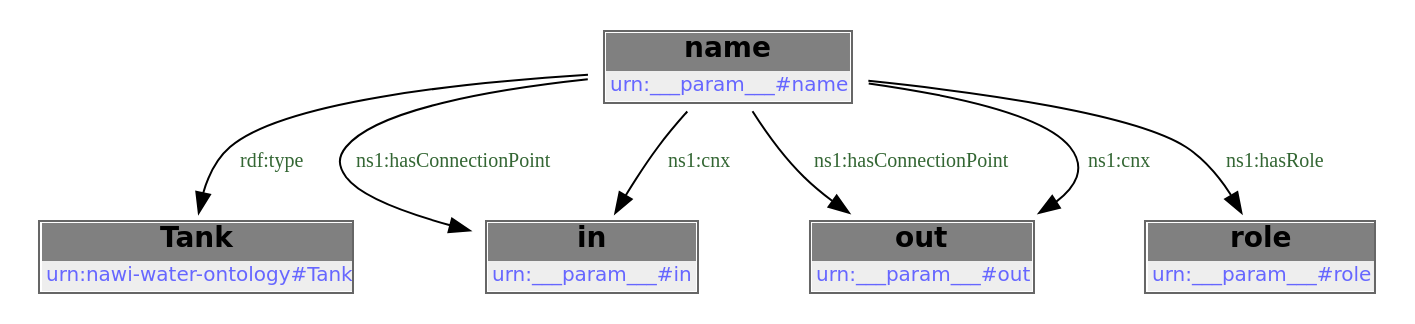
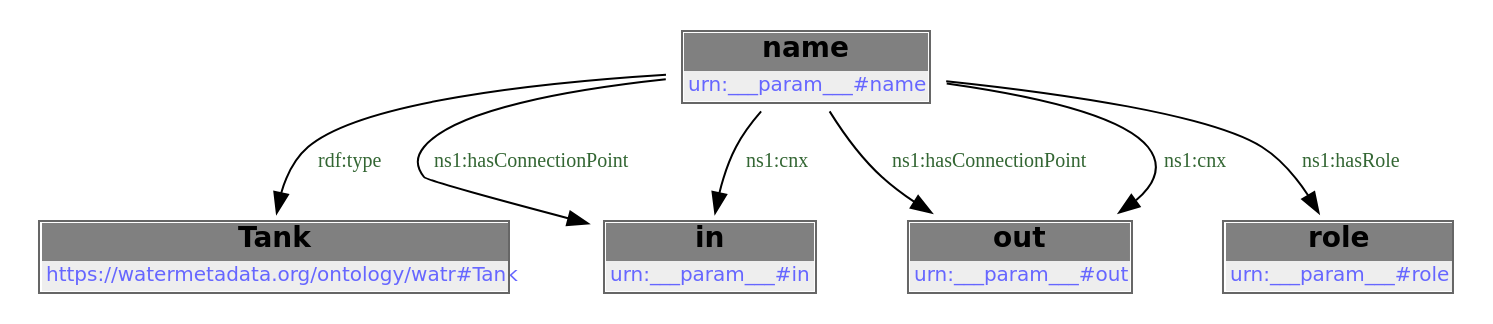
One commit to DataDrivenCPS/water-ontology changed the first of 2 diagrams in docs/libraries/templates/bladder.rst. Above: the diagram before and after it, drawn with Graphviz. The commit also changed other lines of this file and 43 other files, not shown here.

First line of the commit message:
feat: move ontology to https://watermetadata.org base URI

```diff
--- a/docs/libraries/templates/bladder.rst
+++ b/docs/libraries/templates/bladder.rst
@@ -82,16 +82,16 @@
         .. graphviz::
 
                 digraph G {
             node [fontname="DejaVu Sans"];
             node0 -> node1 [color=BLACK, label=< <font point-size='10' color='#336633'>rdf:type</font> >];
             node0 -> node2 [color=BLACK, label=< <font point-size='10' color='#336633'>ns1:hasConnectionPoint</font> >];
             node0 -> node3 [color=BLACK, label=< <font point-size='10' color='#336633'>ns1:hasConnectionPoint</font> >];
             node0 -> node4 [color=BLACK, label=< <font point-size='10' color='#336633'>ns1:hasRole</font> >];
             node0 -> node2 [color=BLACK, label=< <font point-size='10' color='#336633'>ns1:cnx</font> >];
             node0 -> node3 [color=BLACK, label=< <font point-size='10' color='#336633'>ns1:cnx</font> >];
             node0 [shape=none, color=black, label=< <table color='#666666' cellborder='0' cellspacing='0' border='1'><tr><td colspan='2' bgcolor='grey'><B>name</B></td></tr><tr><td href='urn:___param___#name' bgcolor='#eeeeee' colspan='2'><font point-size='10' color='#6666ff'>urn:___param___#name</font></td></tr></table> >];
-            node1 [shape=none, color=black, label=< <table color='#666666' cellborder='0' cellspacing='0' border='1'><tr><td colspan='2' bgcolor='grey'><B>Tank</B></td></tr><tr><td href='urn:nawi-water-ontology#Tank' bgcolor='#eeeeee' colspan='2'><font point-size='10' color='#6666ff'>urn:nawi-water-ontology#Tank</font></td></tr></table> >];
+            node1 [shape=none, color=black, label=< <table color='#666666' cellborder='0' cellspacing='0' border='1'><tr><td colspan='2' bgcolor='grey'><B>Tank</B></td></tr><tr><td href='https://watermetadata.org/ontology/watr#Tank' bgcolor='#eeeeee' colspan='2'><font point-size='10' color='#6666ff'>https://watermetadata.org/ontology/watr#Tank</font></td></tr></table> >];
             node2 [shape=none, color=black, label=< <table color='#666666' cellborder='0' cellspacing='0' border='1'><tr><td colspan='2' bgcolor='grey'><B>in</B></td></tr><tr><td href='urn:___param___#in' bgcolor='#eeeeee' colspan='2'><font point-size='10' color='#6666ff'>urn:___param___#in</font></td></tr></table> >];
             node3 [shape=none, color=black, label=< <table color='#666666' cellborder='0' cellspacing='0' border='1'><tr><td colspan='2' bgcolor='grey'><B>out</B></td></tr><tr><td href='urn:___param___#out' bgcolor='#eeeeee' colspan='2'><font point-size='10' color='#6666ff'>urn:___param___#out</font></td></tr></table> >];
             node4 [shape=none, color=black, label=< <table color='#666666' cellborder='0' cellspacing='0' border='1'><tr><td colspan='2' bgcolor='grey'><B>role</B></td></tr><tr><td href='urn:___param___#role' bgcolor='#eeeeee' colspan='2'><font point-size='10' color='#6666ff'>urn:___param___#role</font></td></tr></table> >];
             }
```
